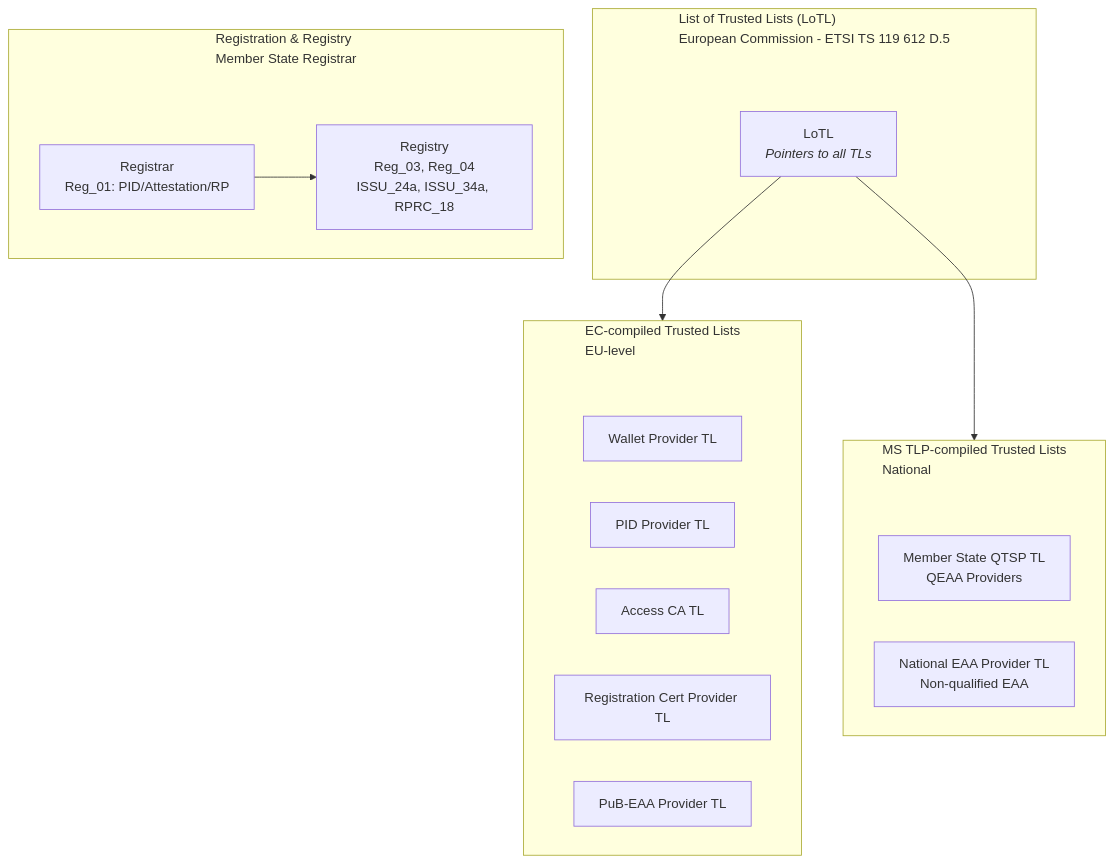
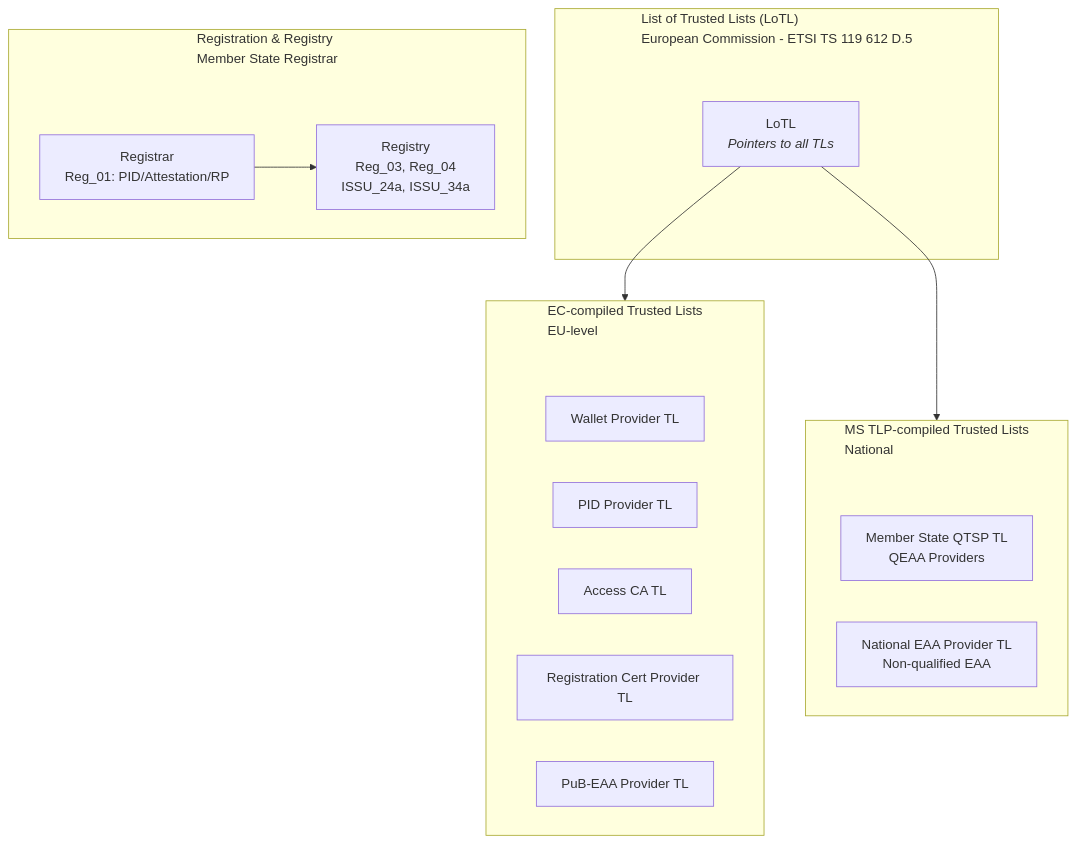
Before and after one commit to webuild-consortium/wp4-trust-group: the first of 9 diagrams in task2-trust-framework/eudi-wallet-trust-and-entitlement-discovery.md, drawn with Mermaid. The commit also changed other lines of this file and 24 other files, not shown here.

````diff
--- a/task2-trust-framework/eudi-wallet-trust-and-entitlement-discovery.md
+++ b/task2-trust-framework/eudi-wallet-trust-and-entitlement-discovery.md
@@ -43,35 +46,35 @@
 ```mermaid
 graph TD
     subgraph LOTL["List of Trusted Lists (LoTL)<br/>European Commission - ETSI TS 119 612 D.5"]
         L[LoTL<br/><i>Pointers to all TLs</i>]
     end
     
     subgraph EC_TL["EC-compiled Trusted Lists<br/>EU-level"]
         spacer1[" "]
         style spacer1 fill:none,stroke:none,color:none
         WPTL[Wallet Provider TL]
         PIDTL[PID Provider TL]
         ACATL[Access CA TL]
         REGCERTL[Registration Cert Provider TL]
         PUBEAATL[PuB-EAA Provider TL]
     end
     
     subgraph MS_TL["MS TLP-compiled Trusted Lists<br/>National"]
         spacer2[" "]
         style spacer2 fill:none,stroke:none,color:none
         QTSPTL[Member State QTSP TL<br/>QEAA Providers]
         EAATL[National EAA Provider TL<br/>Non-qualified EAA]
     end
     
     subgraph REG["Registration & Registry<br/>Member State Registrar"]
         spacer3[" "]
         style spacer3 fill:none,stroke:none,color:none
         REG_ENT[Registrar<br/>Reg_01: PID/Attestation/RP]
-        REGISTRY[Registry<br/>Reg_03, Reg_04<br/>ISSU_24a, ISSU_34a, RPRC_18]
+        REGISTRY[Registry<br/>Reg_03, Reg_04<br/>ISSU_24a, ISSU_34a]
     end
     
     L --> EC_TL
     L --> MS_TL
     
     REG_ENT --> REGISTRY
 ```
````
